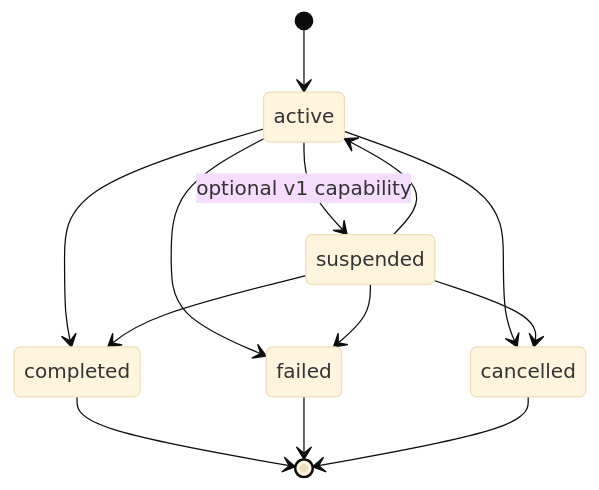
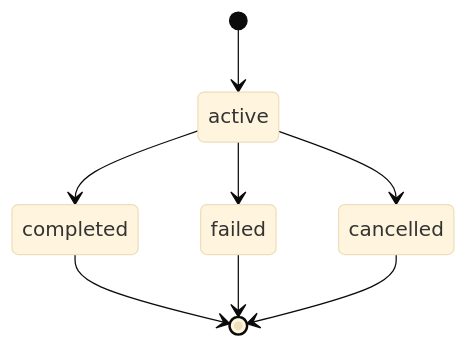
The first of 6 diagrams in docs/lifecycle.md (lei233/dsh-tempera), drawn with Mermaid (base theme) before and after one commit. The commit also changed 10 other files, not shown here.

````diff
--- a/docs/lifecycle.md
+++ b/docs/lifecycle.md
@@ -7,16 +7,11 @@
 ```mermaid
 stateDiagram-v2
   [*] --> active
-  active --> suspended: optional v1 capability
-  suspended --> active
   active --> completed
   active --> failed
   active --> cancelled
-  suspended --> completed
-  suspended --> failed
-  suspended --> cancelled
 
   completed --> [*]
   failed --> [*]
   cancelled --> [*]
 ```
````
